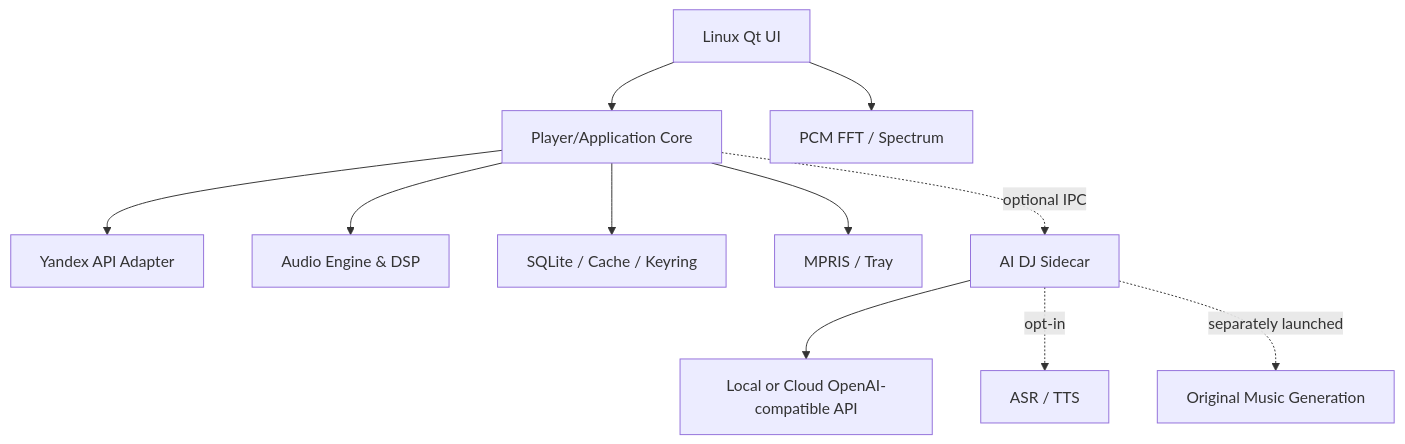
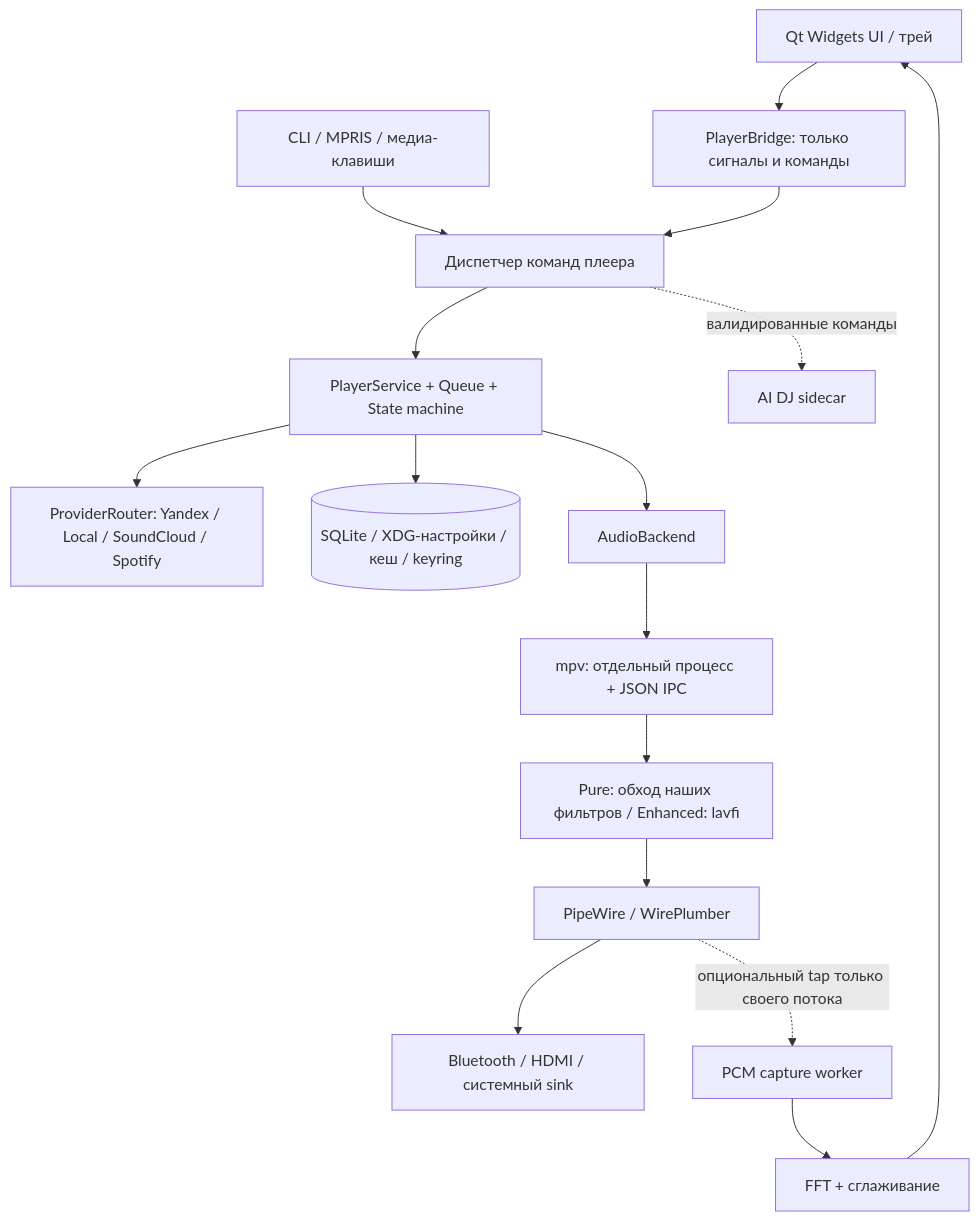
One commit to IIaJIaDuH/NeuroWave changed the diagram in docs/ARCHITECTURE.md. Above: the diagram before and after it, drawn with Mermaid. The commit also changed other lines of this file and 4 other files, not shown here.

First line of the commit message:
ADR-0005: зафиксировать аудиодвижок mpv + IPC + lavfi

````diff
--- a/docs/ARCHITECTURE.md
+++ b/docs/ARCHITECTURE.md
@@ -5,13 +7,18 @@
 ```mermaid
-flowchart TD
-  UI[Linux Qt UI] --> Core[Player/Application Core]
-  Core --> YM[Yandex API Adapter]
-  Core --> Audio[Audio Engine & DSP]
-  Core --> Data[SQLite / Cache / Keyring]
-  Core --> MPRIS[MPRIS / Tray]
-  UI --> Visual[PCM FFT / Spectrum]
-  Core -. optional IPC .-> AI[AI DJ Sidecar]
-  AI --> LLM[Local or Cloud OpenAI-compatible API]
-  AI -. opt-in .-> Voice[ASR / TTS]
-  AI -. separately launched .-> Studio[Original Music Generation]
+flowchart TB
+  UI[Qt Widgets UI / трей] --> BR[PlayerBridge: только сигналы и команды]
+  CLI[CLI / MPRIS / медиа-клавиши] --> DISP[Диспетчер команд плеера]
+  BR --> DISP
+  DISP --> CORE[PlayerService + Queue + State machine]
+  CORE --> PROV[ProviderRouter: Yandex / Local / SoundCloud / Spotify]
+  CORE --> DATA[(SQLite / XDG-настройки / кеш / keyring)]
+  CORE --> AB[AudioBackend]
+  AB --> MPV[mpv: отдельный процесс + JSON IPC]
+  MPV --> DSP[Pure: обход наших фильтров / Enhanced: lavfi]
+  DSP --> PW[PipeWire / WirePlumber]
+  PW --> OUT[Bluetooth / HDMI / системный sink]
+  PW -. опциональный tap только своего потока .-> TAP[PCM capture worker]
+  TAP --> FFT[FFT + сглаживание]
+  FFT --> UI
+  DISP -. валидированные команды .-> AI[AI DJ sidecar]
 ```
````
